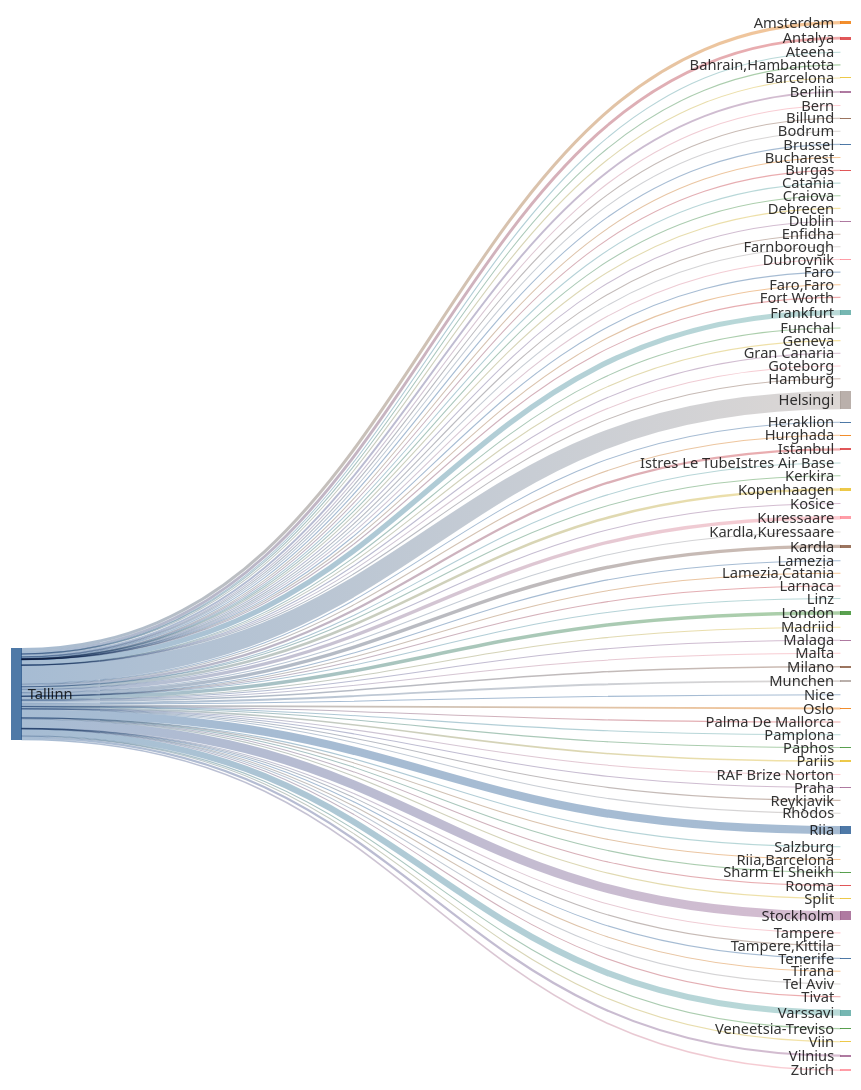
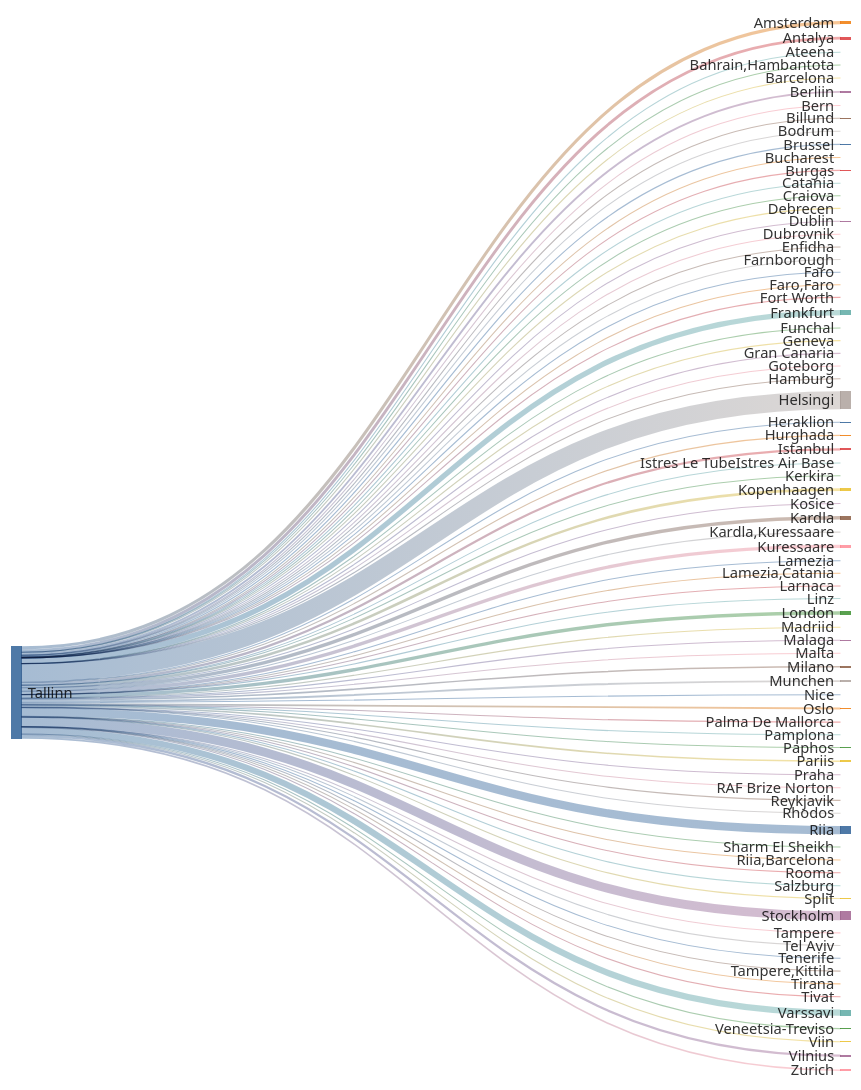
Before and after one commit to rainermesi/tll-airport-departures: the second of 2 diagrams in README.md, drawn with Mermaid. The commit also changed other lines of this file and 1 other file, not shown here.

````diff
--- a/README.md
+++ b/README.md
@@ -41,16 +41,16 @@
 ---
 sankey-beta
 %% source,target,value
-Tallinn,Amsterdam,569
-Tallinn,Antalya,535
+Tallinn,Amsterdam,571
+Tallinn,Antalya,538
 Tallinn,Ateena,16
 Tallinn,"Bahrain,Hambantota",1
-Tallinn,Barcelona,159
+Tallinn,Barcelona,161
 Tallinn,Berliin,356
 Tallinn,Bern,1
 Tallinn,Billund,87
-Tallinn,Bodrum,13
-Tallinn,Brussel,219
+Tallinn,Bodrum,14
+Tallinn,Brussel,220
 Tallinn,Bucharest,1
 Tallinn,Burgas,67
 Tallinn,Catania,2
@@ -63,30 +63,30 @@
 Tallinn,Faro,4
 Tallinn,"Faro,Faro",1
 Tallinn,Fort Worth,1
-Tallinn,Frankfurt,998
+Tallinn,Frankfurt,1001
 Tallinn,Funchal,8
 Tallinn,Geneva,13
 Tallinn,Gran Canaria,38
 Tallinn,Goteborg,2
 Tallinn,Hamburg,2
-Tallinn,Helsingi,3346
-Tallinn,Heraklion,129
+Tallinn,Helsingi,3357
+Tallinn,Heraklion,130
 Tallinn,Hurghada,76
-Tallinn,Istanbul,435
+Tallinn,Istanbul,436
 Tallinn,Istres Le TubeIstres Air Base,2
 Tallinn,Kerkira,4
-Tallinn,Kopenhaagen,477
+Tallinn,Kopenhaagen,479
 Tallinn,Kosice,1
-Tallinn,Kuressaare,634
-Tallinn,Kardla,636
+Tallinn,Kuressaare,636
+Tallinn,Kardla,638
 Tallinn,"Kardla,Kuressaare",1
 Tallinn,Lamezia,4
 Tallinn,"Lamezia,Catania",3
 Tallinn,Larnaca,7
 Tallinn,Linz,2
-Tallinn,London,647
+Tallinn,London,649
 Tallinn,Madriid,5
-Tallinn,Malaga,137
+Tallinn,Malaga,138
 Tallinn,Malta,35
 Tallinn,Milano,284
 Tallinn,Munchen,357
@@ -100,24 +100,24 @@
 Tallinn,RAF Brize Norton,1
 Tallinn,Reykjavik,20
 Tallinn,Rhodos,72
-Tallinn,Riia,1520
+Tallinn,Riia,1525
 Tallinn,"Riia,Barcelona",1
 Tallinn,Rooma,80
 Tallinn,Salzburg,14
 Tallinn,Sharm El Sheikh,116
 Tallinn,Split,65
-Tallinn,Stockholm,1674
+Tallinn,Stockholm,1680
 Tallinn,Tampere,17
 Tallinn,"Tampere,Kittila",21
 Tallinn,Tel Aviv,2
 Tallinn,Tenerife,58
 Tallinn,Tirana,42
 Tallinn,Tivat,79
-Tallinn,Varssavi,1161
+Tallinn,Varssavi,1164
 Tallinn,Veneetsia-Treviso,67
 Tallinn,Viin,106
-Tallinn,Vilnius,424
-Tallinn,Zurich,301
+Tallinn,Vilnius,425
+Tallinn,Zurich,302
 
 
 ```
````
